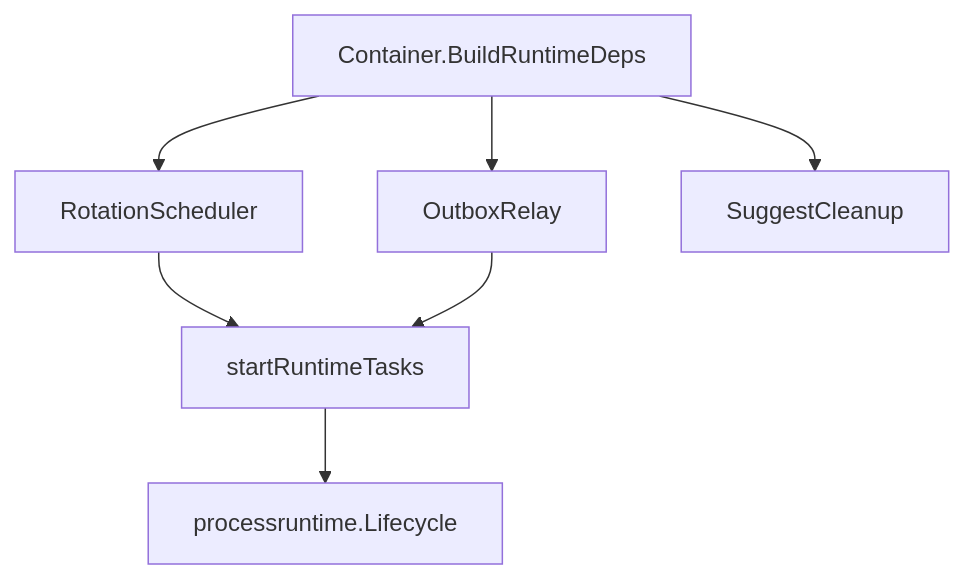
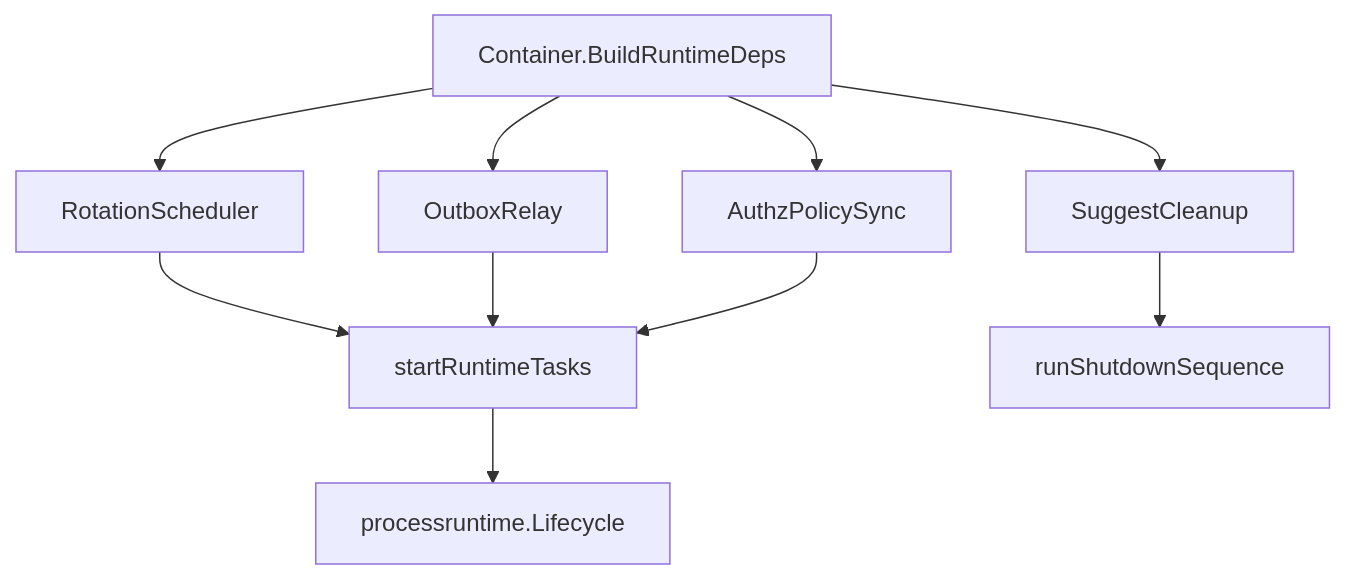
The ninth of 11 diagrams in docs/01-运行时/01-服务入口与生命周期装配.md (FangcunMount/iam), drawn with Mermaid before and after one commit. The commit also changed other lines of this file and 5 other files, not shown here.

````diff
--- a/docs/01-运行时/01-服务入口与生命周期装配.md
+++ b/docs/01-运行时/01-服务入口与生命周期装配.md
@@ -665,16 +670,21 @@
 ```mermaid
 flowchart TD
     Container["Container.BuildRuntimeDeps"]
     Scheduler["RotationScheduler"]
     Relay["OutboxRelay"]
+    PolicySync["AuthzPolicySync"]
     SuggestCleanup["SuggestCleanup"]
     Process["startRuntimeTasks"]
+    Shutdown["runShutdownSequence"]
     Lifecycle["processruntime.Lifecycle"]
 
     Container --> Scheduler
     Container --> Relay
+    Container --> PolicySync
     Container --> SuggestCleanup
     Scheduler --> Process
     Relay --> Process
+    PolicySync --> Process
+    SuggestCleanup --> Shutdown
     Process --> Lifecycle
 ```
````
